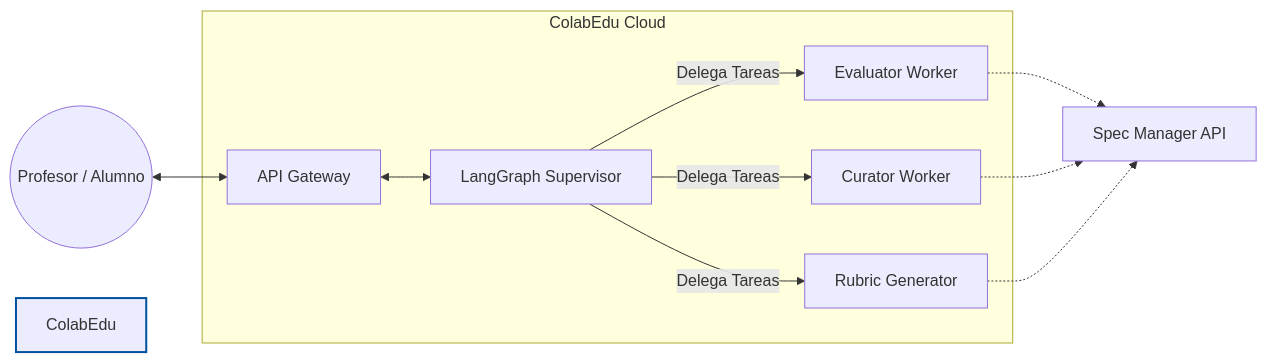
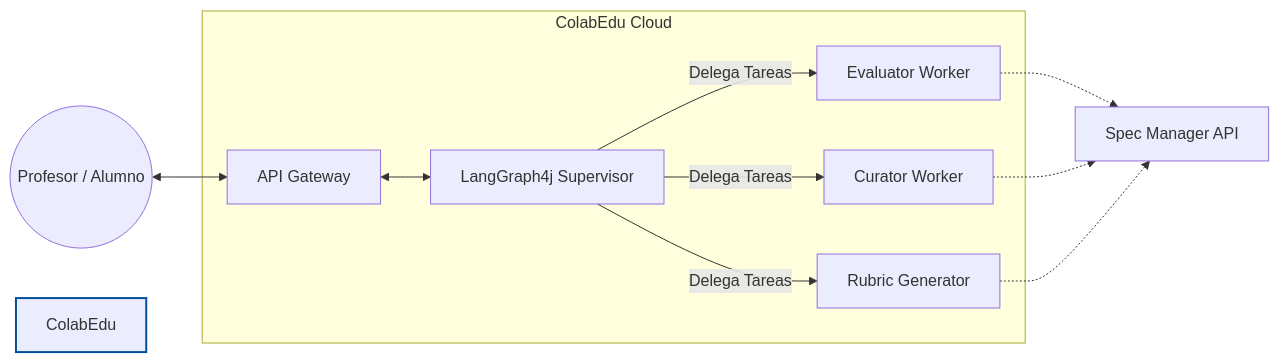
The second of 2 diagrams in apps/colabedu-org/src/content/docs/es/oas-spec/architecture/agentes.mdx (ColabEdu/ce-web), drawn with Mermaid before and after one commit. The commit also changed other lines of this file and 100 other files, not shown here.

````diff
--- a/apps/colabedu-org/src/content/docs/es/oas-spec/architecture/agentes.mdx
+++ b/apps/colabedu-org/src/content/docs/es/oas-spec/architecture/agentes.mdx
@@ -36,25 +36,25 @@
 ```mermaid
 graph LR
     User((Profesor / Alumno))
     
     subgraph ColabEdu Cloud
         Gateway[API Gateway]
-        Supervisor[LangGraph Supervisor]
+        Supervisor[LangGraph4j Supervisor]
         
         Worker1[Evaluator Worker]
         Worker2[Curator Worker]
         Worker3[Rubric Generator]
         
         Supervisor -->|Delega Tareas| Worker1
         Supervisor -->|Delega Tareas| Worker2
         Supervisor -->|Delega Tareas| Worker3
     end
     
     User <--> Gateway
     Gateway <--> Supervisor
     Worker1 -.-> SpecManager[Spec Manager API]
     Worker2 -.-> SpecManager
     Worker3 -.-> SpecManager
     
     style ColabEdu Cloud fill:#f0f8ff,stroke:#00509E,stroke-width:2px
 ```
````
